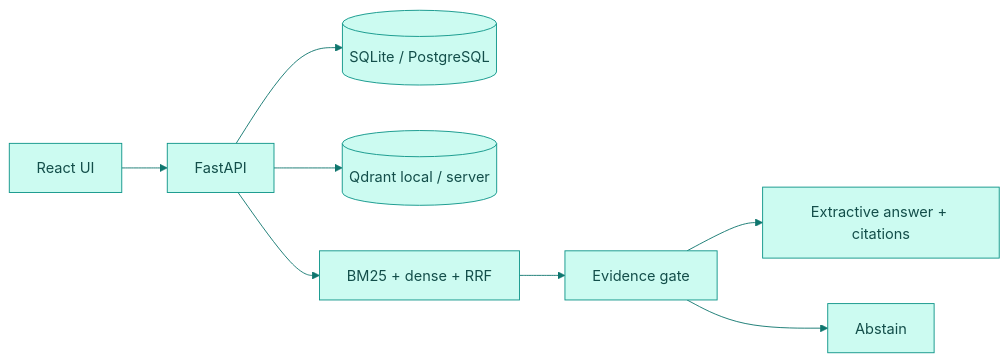
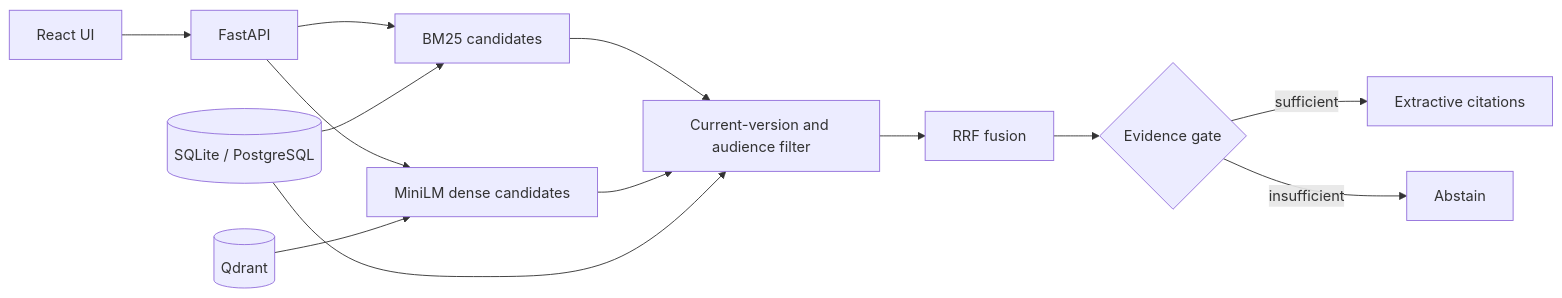
One commit to hasanhuseyinyetkiner/hr-policy-copilot changed the diagram in README.md. Above: the diagram before and after it, drawn with Mermaid. The commit also changed other lines of this file and 2 other files, not shown here.

````diff
--- a/README.md
+++ b/README.md
@@ -131,11 +38,15 @@
 ```mermaid
-%%{init: {'theme': 'base', 'themeVariables': { 'primaryColor': '#CCFBF1', 'primaryTextColor': '#134E4A', 'primaryBorderColor': '#0D9488', 'lineColor': '#0F766E', 'secondaryColor': '#F0FDFA', 'tertiaryColor': '#ECFDF5'}}}%%
 flowchart LR
-  U[React UI] --> A[FastAPI]
-  A --> PG[(SQLite / PostgreSQL)]
-  A --> Q[(Qdrant local / server)]
-  A --> R[BM25 + dense + RRF]
-  R --> E[Evidence gate]
-  E --> X[Extractive answer + citations]
-  E --> Z[Abstain]
+  UI[React UI] --> API[FastAPI]
+  API --> S[BM25 candidates]
+  API --> D[MiniLM dense candidates]
+  DB[(SQLite / PostgreSQL)] --> S
+  Q[(Qdrant)] --> D
+  S --> F[Current-version and audience filter]
+  D --> F
+  DB --> F
+  F --> R[RRF fusion]
+  R --> G{Evidence gate}
+  G -->|sufficient| C[Extractive citations]
+  G -->|insufficient| A[Abstain]
 ```
````
